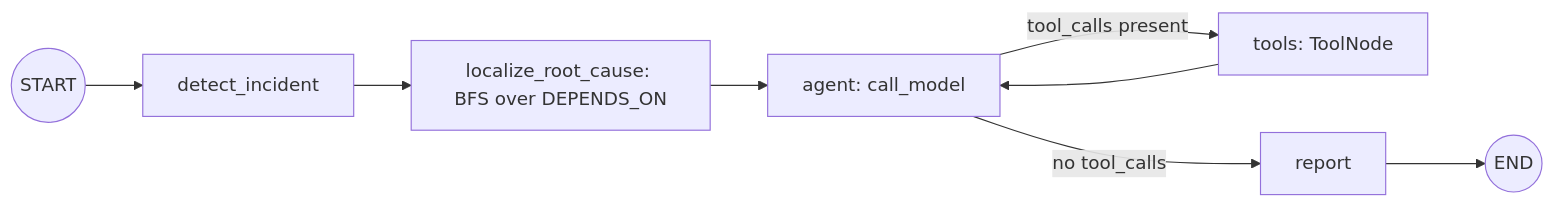
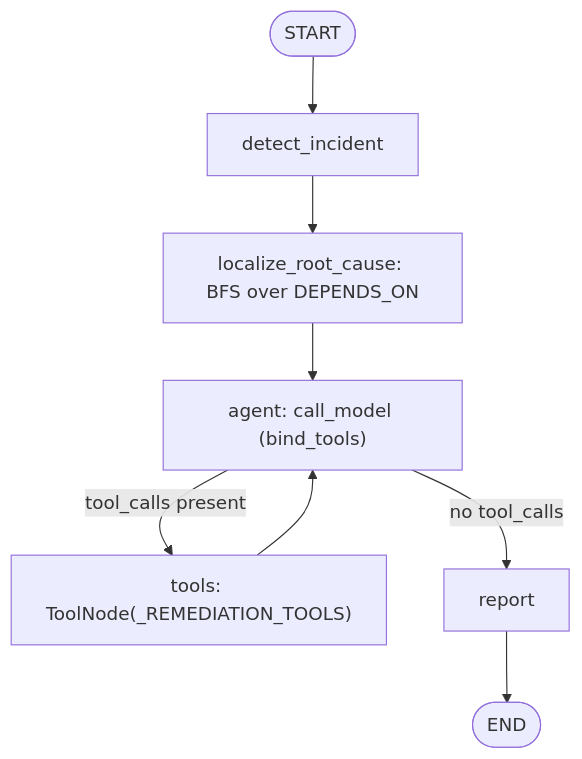
The first of 3 diagrams in src/62_incident_response_agent/README.md (xergioalex/agent-lab), drawn with Mermaid before and after one commit. The commit also changed other lines of this file and 64 other files, not shown here.

First line of the commit message:
docs(docs): premium Mermaid diagram pass on all 64 module READMEs

````diff
--- a/src/62_incident_response_agent/README.md
+++ b/src/62_incident_response_agent/README.md
@@ -43,10 +43,10 @@
 ```mermaid
-graph LR
-    START((START)) --> detect[detect_incident]
-    detect --> localize[localize_root_cause: BFS over DEPENDS_ON]
-    localize --> agent[agent: call_model]
-    agent -->|tool_calls present| tools[tools: ToolNode]
+flowchart TD
+    START(["START"]) --> detect["detect_incident"]
+    detect --> localize["localize_root_cause: BFS over DEPENDS_ON"]
+    localize --> agent["agent: call_model (bind_tools)"]
+    agent -->|"tool_calls present"| tools["tools: ToolNode(_REMEDIATION_TOOLS)"]
     tools --> agent
-    agent -->|no tool_calls| report[report]
-    report --> END((END))
+    agent -->|"no tool_calls"| report["report"]
+    report --> END(["END"])
 ```
````
